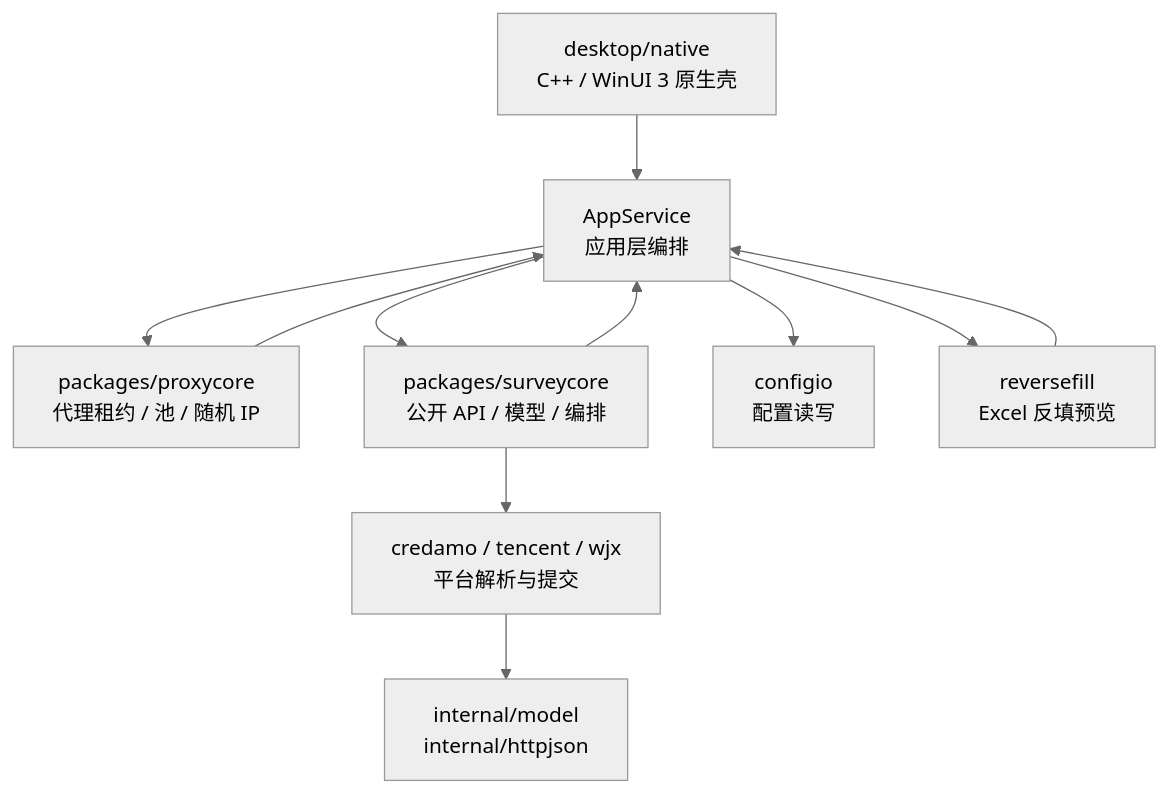
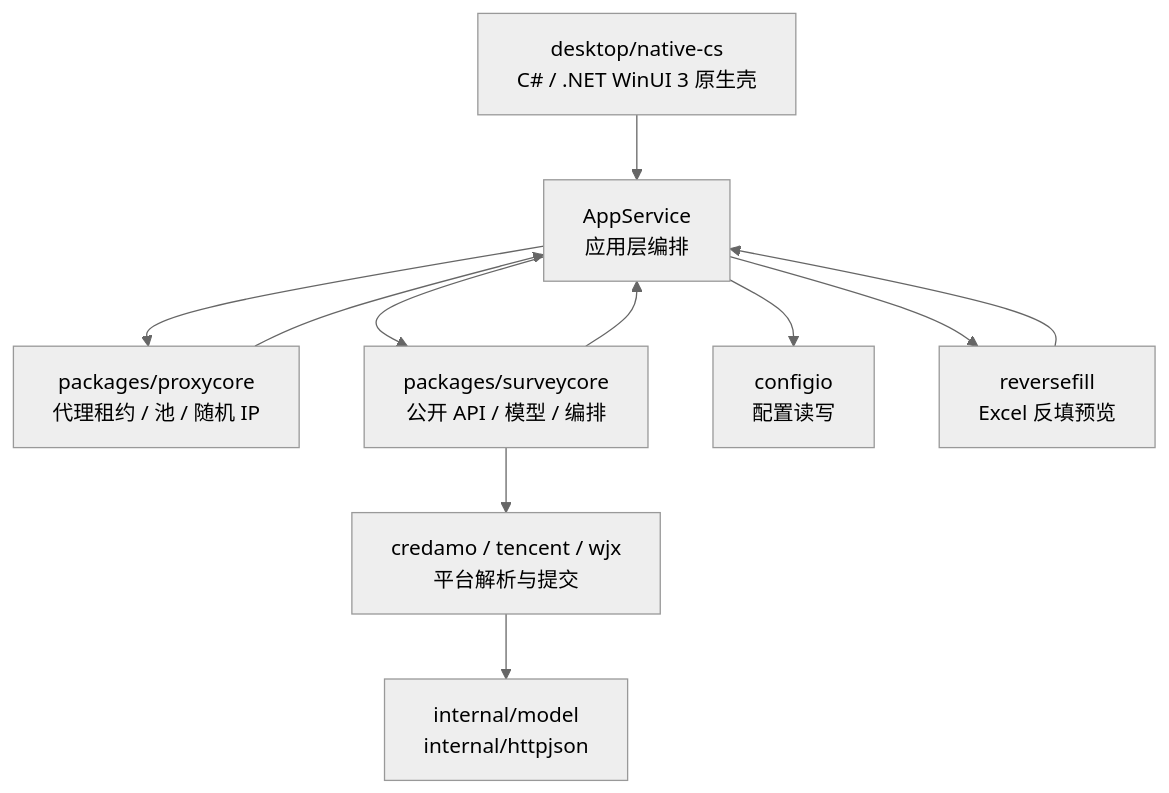
Before and after one commit to hungryM0/SurveyController: the first of 2 diagrams in README.md, drawn with Mermaid (neutral theme).

Commit message:
docs: 架构图更新为 C# 原生壳路径

````diff
--- a/README.md
+++ b/README.md
@@ -58,22 +58,22 @@
 ```mermaid
 flowchart TB
-  ui["desktop/native<br/>C++ / WinUI 3 原生壳"]
+  ui["desktop/native-cs<br/>C# / .NET WinUI 3 原生壳"]
   service["AppService<br/>应用层编排"]
   proxy["packages/proxycore<br/>代理租约 / 池 / 随机 IP"]
   survey["packages/surveycore<br/>公开 API / 模型 / 编排"]
   configio["configio<br/>配置读写"]
   reversefill["reversefill<br/>Excel 反填预览"]
   providers["credamo / tencent / wjx<br/>平台解析与提交"]
   internal["internal/model<br/>internal/httpjson"]
 
   ui --> service
   service --> proxy
   service --> survey
   service --> configio
   service --> reversefill
   survey --> providers
   providers --> internal
   proxy --> service
   survey --> service
   reversefill --> service
 ```
````
